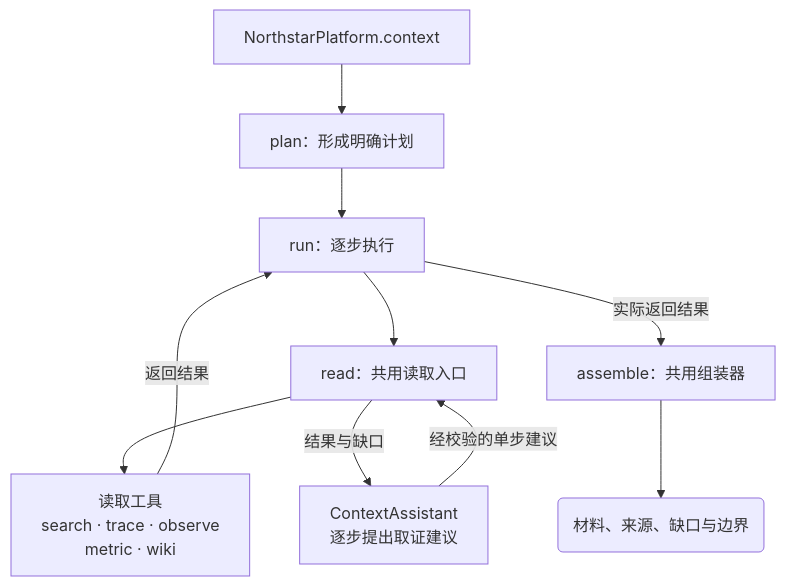
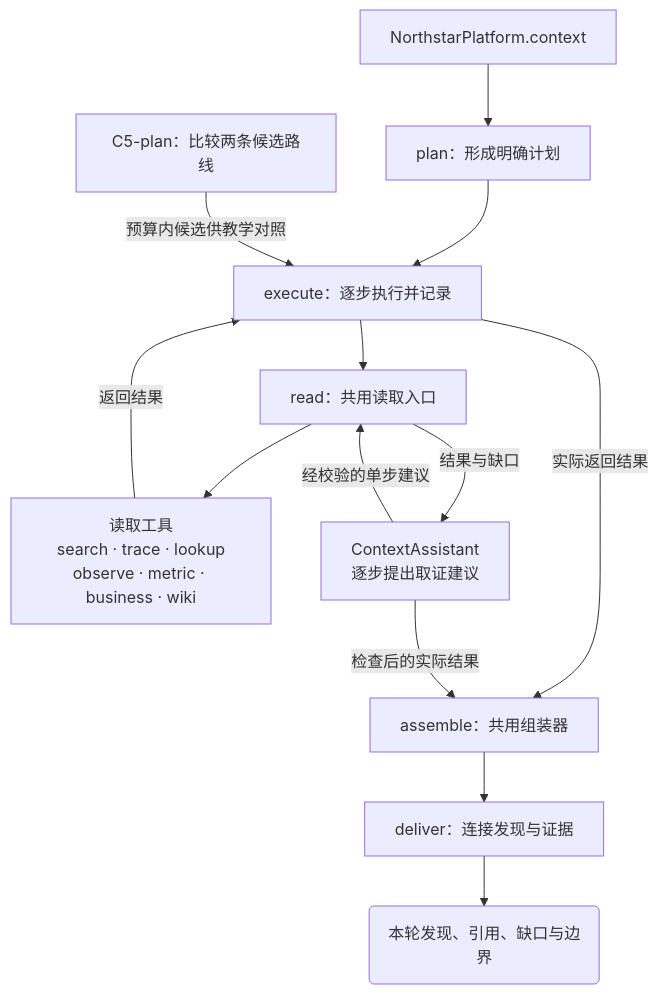
The second of 2 diagrams in book/part-4/chapter-14.md (LENSHOOD/enterprise-context-book), drawn with Mermaid before and after one commit. The commit also changed other lines of this file and 56 other files, not shown here.

````diff
--- a/book/part-4/chapter-14.md
+++ b/book/part-4/chapter-14.md
@@ -111,17 +114,21 @@
 ```mermaid
 flowchart TB
   Entry[NorthstarPlatform.context]
   Plan[plan：形成明确计划]
-  Loop[run：逐步执行]
+  Loop[execute：逐步执行并记录]
   Read[read：共用读取入口]
-  Tools[读取工具<br/>search · trace · observe<br/>metric · wiki]
+  Tools[读取工具<br/>search · trace · lookup<br/>observe · metric · business · wiki]
+  Candidates[C5-plan：比较两条候选路线]
   Assemble[assemble：共用组装器]
   Assistant[ContextAssistant<br/>逐步提出取证建议]
-  Package(材料、来源、缺口与边界)
+  Delivery[deliver：连接发现与证据]
+  Package(本轮发现、引用、缺口与边界)
   Entry --> Plan --> Loop --> Read
+  Candidates -->|预算内候选供教学对照| Loop
   Read --> Tools
   Tools -->|返回结果| Loop
-  Loop -->|实际返回结果| Assemble --> Package
+  Loop -->|实际返回结果| Assemble --> Delivery --> Package
   Assistant -->|经校验的单步建议| Read
   Read -->|结果与缺口| Assistant
+  Assistant -->|检查后的实际结果| Assemble
 ```
````
